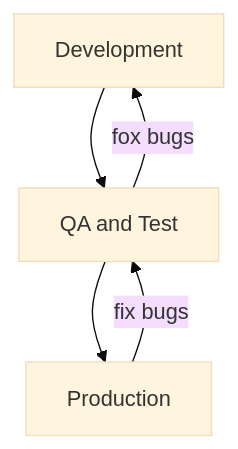
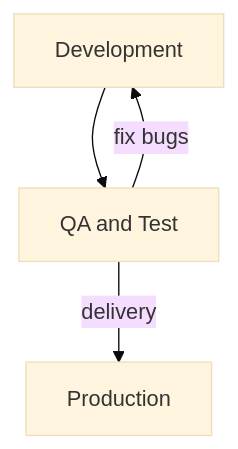
The diagram in doc_src/SDEVEN.25_SYTEST.md (petre-renware/sdeven), drawn with Mermaid (base theme) before and after one commit.

````diff
--- a/doc_src/SDEVEN.25_SYTEST.md
+++ b/doc_src/SDEVEN.25_SYTEST.md
@@ -93,15 +93,12 @@
 ```mermaid
 flowchart TD
 
     dev[Development]
     test[QA and Test]
     prod[Production]
 
     dev --> test
-    test --> prod
+    test -->|delivery| prod
 
-    test -->|fox bugs| dev
-    prod -->|fix bugs| test
-
-
+    test -->|fix bugs| dev
 ```
````
